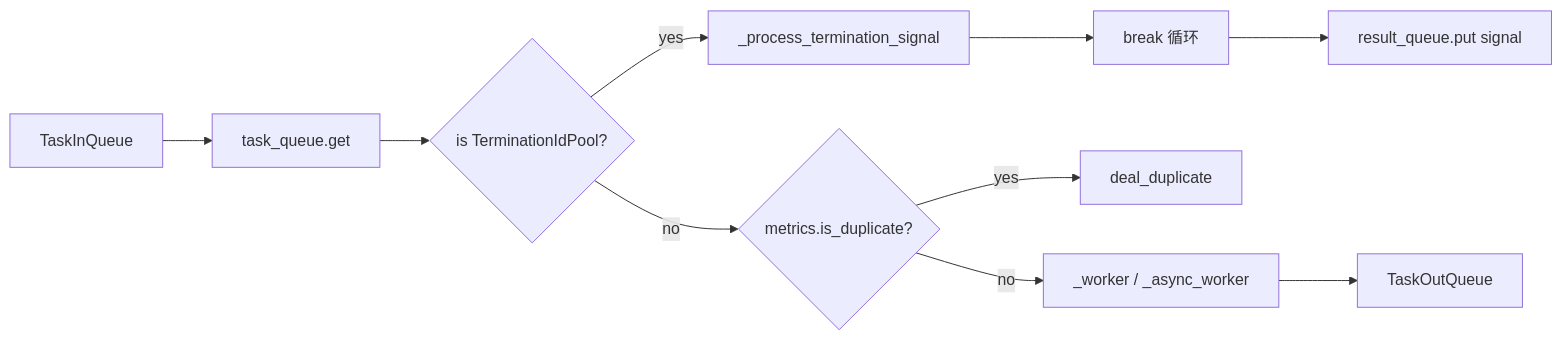
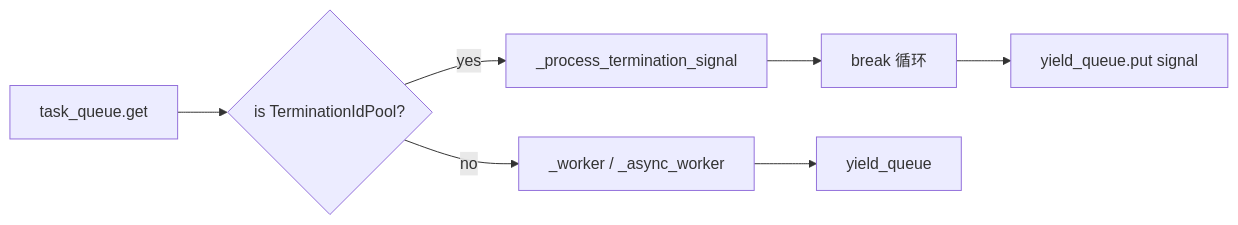
The diagram in docs/zh-CN/tests/node/test_dispatch.md (Mr-xiaotian/CelestialFlow), drawn with Mermaid before and after one commit. The commit also changed other lines of this file and 100 other files, not shown here.

````diff
--- a/docs/zh-CN/tests/node/test_dispatch.md
+++ b/docs/zh-CN/tests/node/test_dispatch.md
@@ -64,12 +64,9 @@
 ```mermaid
 flowchart LR
-    In[TaskInQueue] --> Get[task_queue.get]
-    Get --> Sig{is TerminationIdPool?}
+    In[task_queue.get] --> Sig{is TerminationIdPool?}
     Sig -- yes --> Merge[_process_termination_signal]
     Merge --> Break[break 循环]
-    Sig -- no --> Dup{metrics.is_duplicate?}
-    Dup -- yes --> DupDeal[deal_duplicate]
-    Dup -- no --> Worker[_worker / _async_worker]
-    Worker --> Out[TaskOutQueue]
-    Break --> Put[result_queue.put signal]
+    Sig -- no --> Worker[_worker / _async_worker]
+    Worker --> Out[yield_queue]
+    Break --> Put[yield_queue.put signal]
 ```
````
